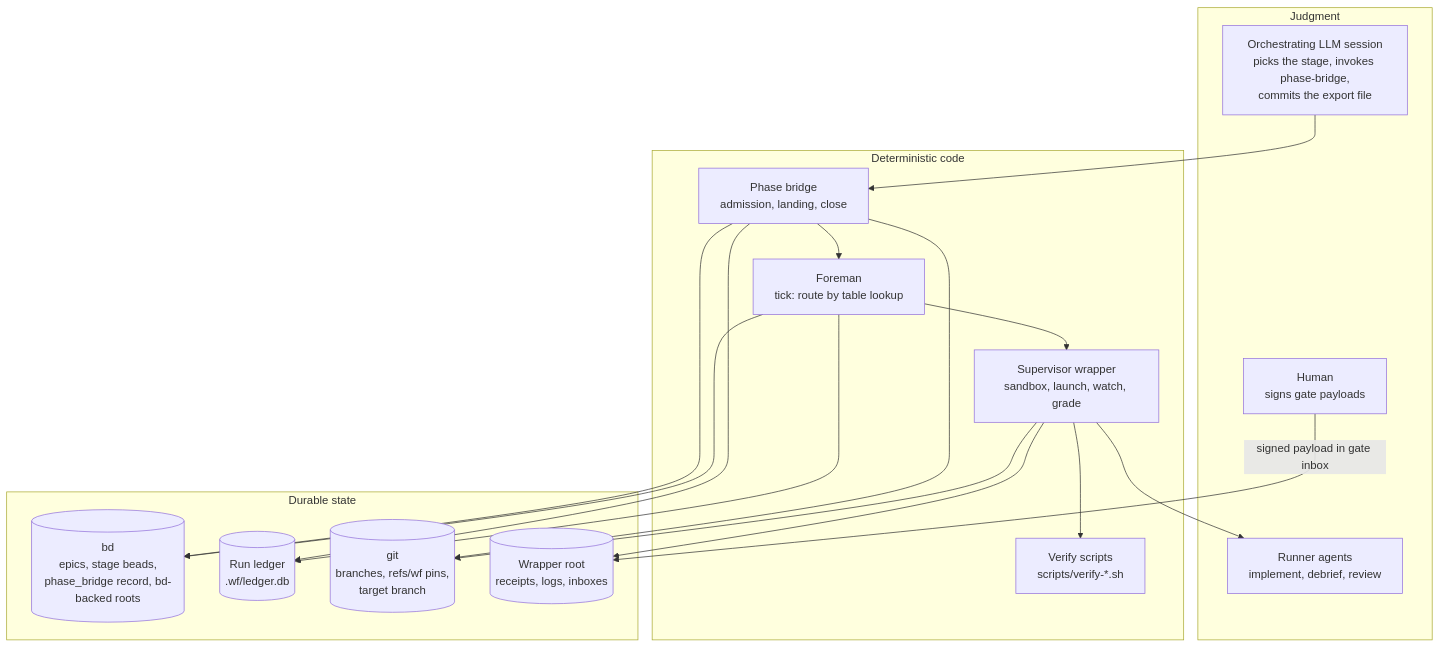
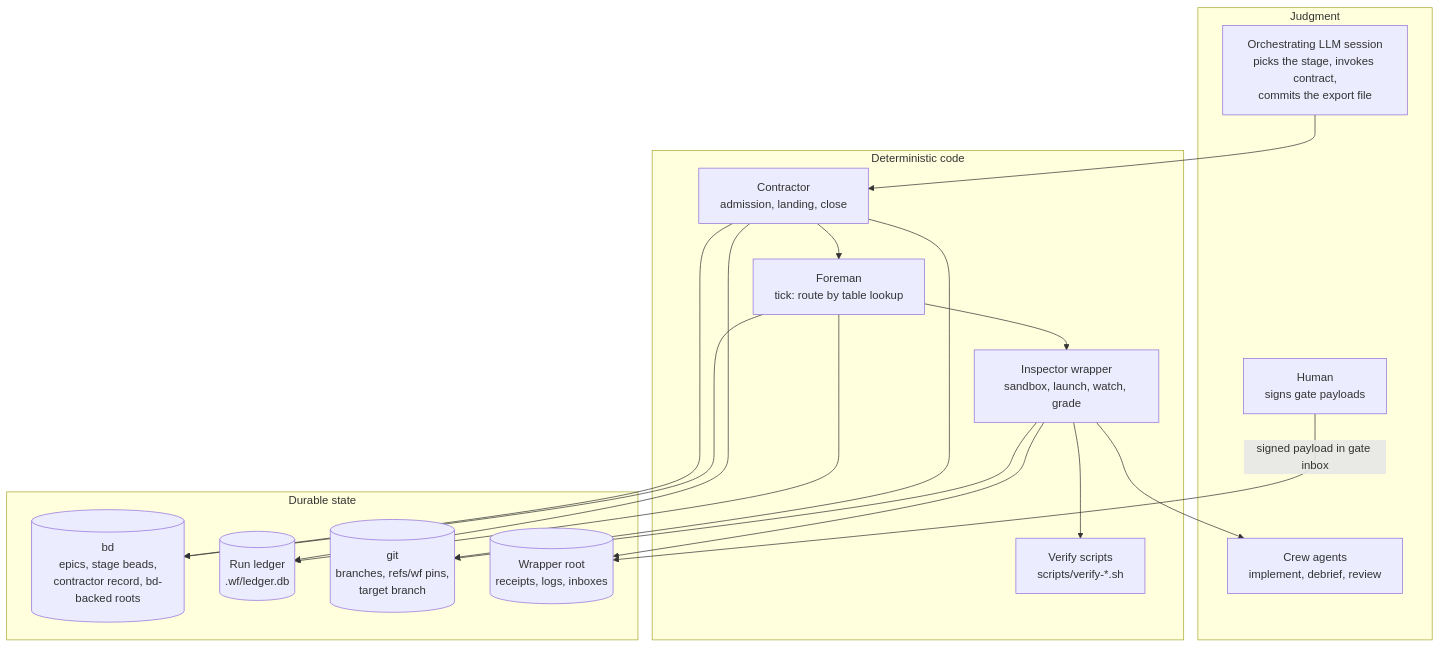
The second of 46 diagrams in docs/workflow-interpreter-guide/diagrams.md (MVPavan/coding-ritual), drawn with Mermaid before and after one commit. The commit also changed other lines of this file and 361 other files, not shown here.

````diff
--- a/docs/workflow-interpreter-guide/diagrams.md
+++ b/docs/workflow-interpreter-guide/diagrams.md
@@ -121,33 +121,33 @@
 ```mermaid
 flowchart TB
   subgraph JUDGMENT["Judgment"]
     HUMAN["Human<br/>signs gate payloads"]
-    LLM["Orchestrating LLM session<br/>picks the stage, invokes phase-bridge,<br/>commits the export file"]
-    RUNNERS["Runner agents<br/>implement, debrief, review"]
+    LLM["Orchestrating LLM session<br/>picks the stage, invokes contract,<br/>commits the export file"]
+    CREWS["Crew agents<br/>implement, debrief, review"]
   end
   subgraph DETERMINISTIC["Deterministic code"]
-    BRIDGE["Phase bridge<br/>admission, landing, close"]
+    CONTRACTOR["Contractor<br/>admission, landing, close"]
     FOREMAN["Foreman<br/>tick: route by table lookup"]
-    SUPER["Supervisor wrapper<br/>sandbox, launch, watch, grade"]
+    SUPER["Inspector wrapper<br/>sandbox, launch, watch, grade"]
     VERIFY["Verify scripts<br/>scripts/verify-*.sh"]
   end
   subgraph STATE["Durable state"]
-    BD[("bd<br/>epics, stage beads,<br/>phase_bridge record, bd-backed roots")]
+    BD[("bd<br/>epics, stage beads,<br/>contractor record, bd-backed roots")]
     LEDGER[("Run ledger<br/>.wf/ledger.db")]
     GIT[("git<br/>branches, refs/wf pins,<br/>target branch")]
     WRAP[("Wrapper root<br/>receipts, logs, inboxes")]
   end
-  LLM --> BRIDGE
-  BRIDGE --> FOREMAN
+  LLM --> CONTRACTOR
+  CONTRACTOR --> FOREMAN
   FOREMAN --> SUPER
-  SUPER --> RUNNERS
+  SUPER --> CREWS
   SUPER --> VERIFY
   HUMAN -->|"signed payload in gate inbox"| WRAP
   FOREMAN --> BD
   FOREMAN --> LEDGER
   SUPER --> GIT
   SUPER --> WRAP
-  BRIDGE --> BD
-  BRIDGE --> GIT
-  BRIDGE --> LEDGER
+  CONTRACTOR --> BD
+  CONTRACTOR --> GIT
+  CONTRACTOR --> LEDGER
 ```
````
